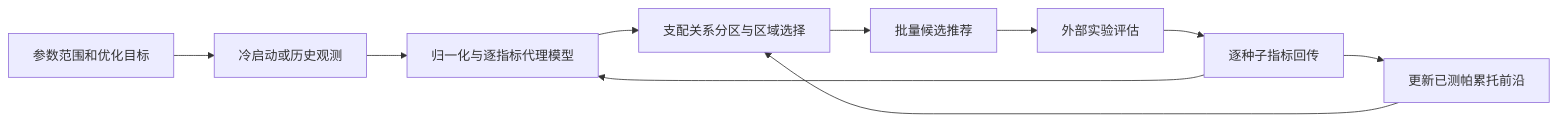
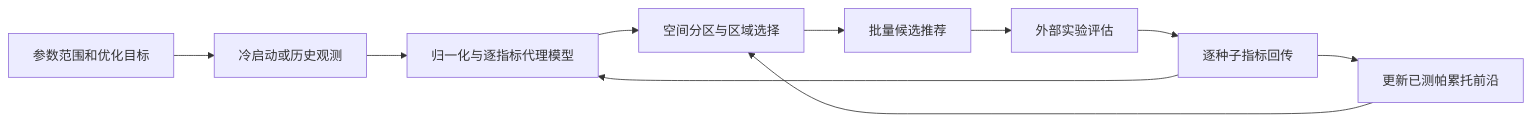
One commit to SKYdayDUCK/LaMOO-BMAS changed the diagram in README.md. Above: the diagram before and after it, drawn with Mermaid. The commit also changed other lines of this file and 5 other files, not shown here.

````diff
--- a/README.md
+++ b/README.md
@@ -151,12 +186,12 @@
 ```mermaid
 flowchart LR
     A[参数范围和优化目标] --> B[冷启动或历史观测]
     B --> C[归一化与逐指标代理模型]
-    C --> D[支配关系分区与区域选择]
+    C --> D[空间分区与区域选择]
     D --> E[批量候选推荐]
     E --> F[外部实验评估]
     F --> G[逐种子指标回传]
     G --> C
     G --> H[更新已测帕累托前沿]
     H --> D
 ```
````
